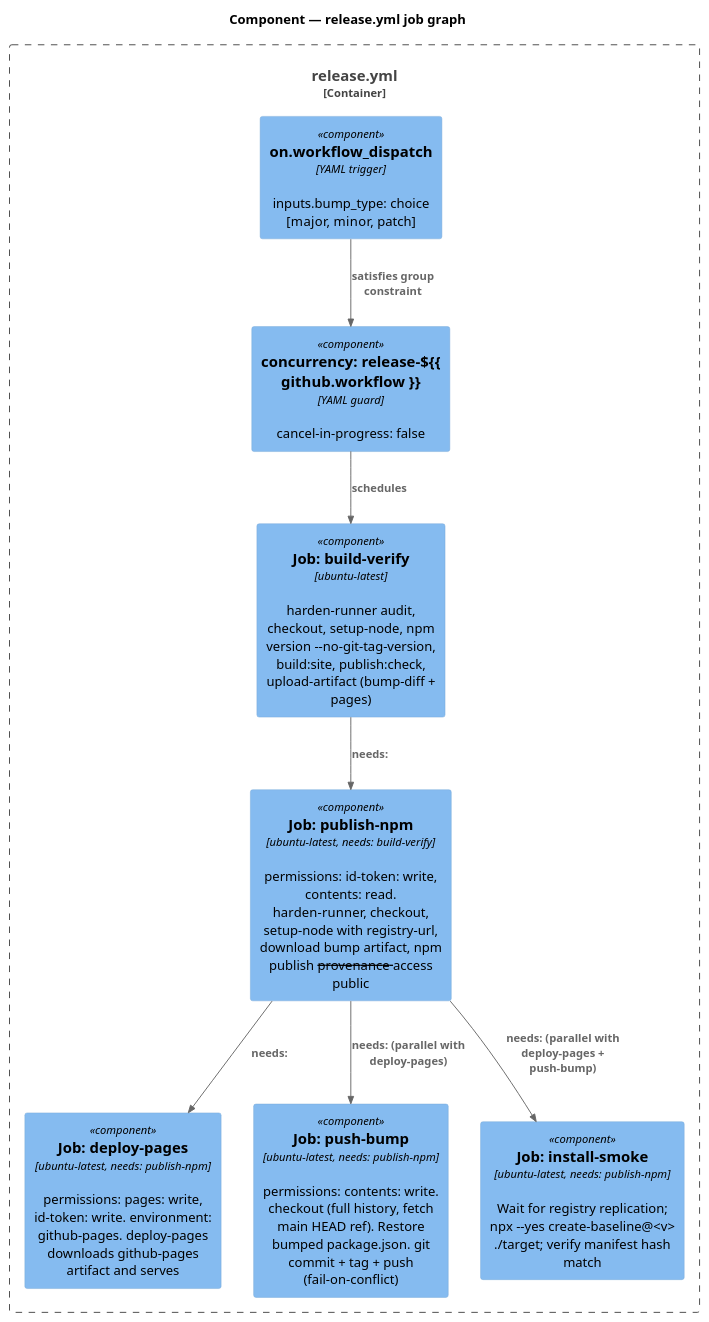
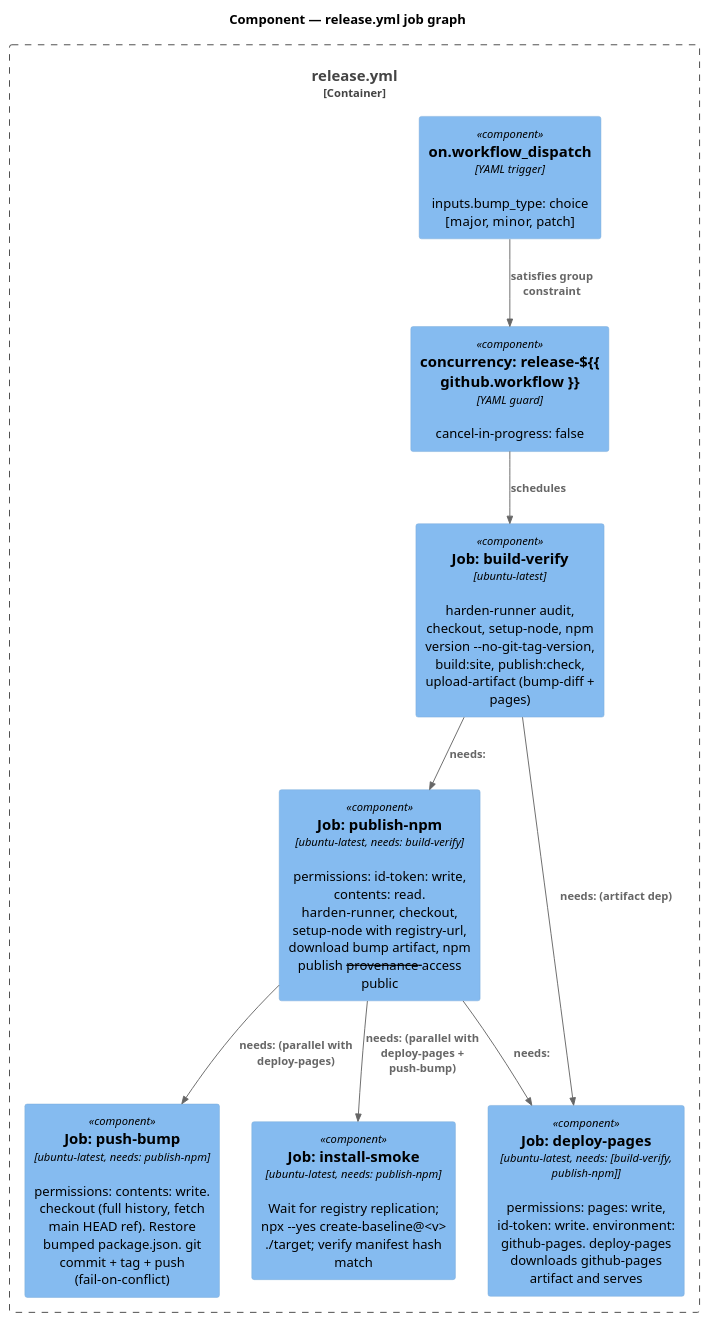
The third of 12 diagrams in docs/specs/release-workflow.md (friedbotstudio/baseline), drawn with PlantUML before and after one commit. The commit also changed other lines of this file and 6 other files, not shown here.

First line of the commit message:
fix(release-workflow): correct AC-006/AC-011/AC-013 — cache:false fatal + missing build-verify needs edge

````diff
--- a/docs/specs/release-workflow.md
+++ b/docs/specs/release-workflow.md
@@ -83,21 +85,22 @@
 ```plantuml
 @startuml
 !include <C4/C4_Component>
 title Component — release.yml job graph
 Container_Boundary(yaml, "release.yml") {
   Component(trigger, "on.workflow_dispatch", "YAML trigger", "inputs.bump_type: choice [major, minor, patch]")
   Component(concurrency, "concurrency: release-${{ github.workflow }}", "YAML guard", "cancel-in-progress: false")
   Component(build_verify, "Job: build-verify", "ubuntu-latest", "harden-runner audit, checkout, setup-node, npm version --no-git-tag-version, build:site, publish:check, upload-artifact (bump-diff + pages)")
   Component(publish_npm, "Job: publish-npm", "ubuntu-latest, needs: build-verify", "permissions: id-token: write, contents: read. harden-runner, checkout, setup-node with registry-url, download bump artifact, npm publish --provenance --access public")
-  Component(deploy_pages, "Job: deploy-pages", "ubuntu-latest, needs: publish-npm", "permissions: pages: write, id-token: write. environment: github-pages. deploy-pages downloads github-pages artifact and serves")
+  Component(deploy_pages, "Job: deploy-pages", "ubuntu-latest, needs: [build-verify, publish-npm]", "permissions: pages: write, id-token: write. environment: github-pages. deploy-pages downloads github-pages artifact and serves")
   Component(push_bump, "Job: push-bump", "ubuntu-latest, needs: publish-npm", "permissions: contents: write. checkout (full history, fetch main HEAD ref). Restore bumped package.json. git commit + tag + push (fail-on-conflict)")
   Component(smoke, "Job: install-smoke", "ubuntu-latest, needs: publish-npm", "Wait for registry replication; npx --yes create-baseline@<v> ./target; verify manifest hash match")
 }
 Rel(trigger, concurrency, "satisfies group constraint")
 Rel(concurrency, build_verify, "schedules")
 Rel(build_verify, publish_npm, "needs:")
 Rel(publish_npm, deploy_pages, "needs:")
+Rel(build_verify, deploy_pages, "needs: (artifact dep)")
 Rel(publish_npm, push_bump, "needs: (parallel with deploy-pages)")
 Rel(publish_npm, smoke, "needs: (parallel with deploy-pages + push-bump)")
 @enduml
 ```
````
